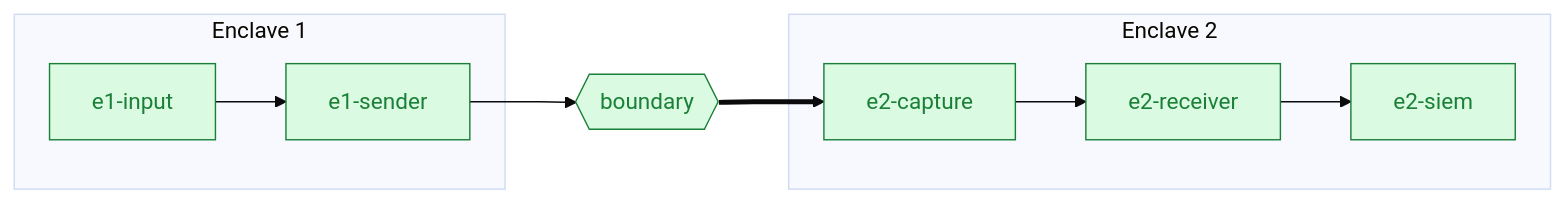
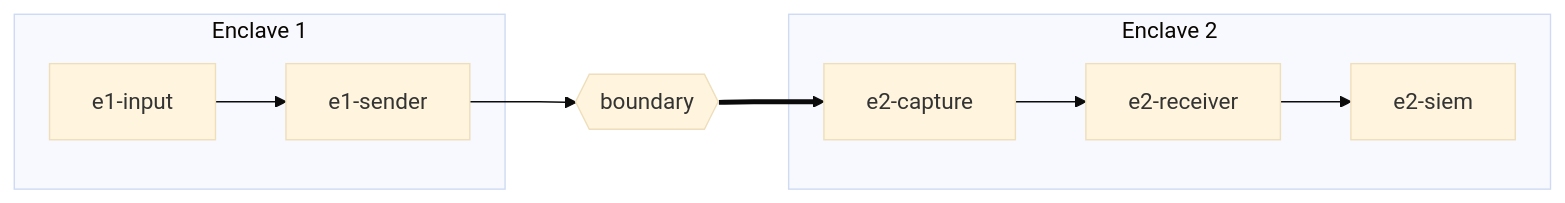
Before and after one commit to JoeHazurmoney/architecture-wiredata-to-log: the diagram in docs/state-of-health.md, drawn with Mermaid (base theme). The commit also changed other lines of this file and 60 other files, not shown here.

````diff
--- a/docs/state-of-health.md
+++ b/docs/state-of-health.md
@@ -46,16 +44,11 @@
 ```mermaid
 flowchart LR
   subgraph E1["Enclave 1"]
     A["e1-input"] --> B["e1-sender"]
   end
   B --> C{{"boundary"}}
   subgraph E2["Enclave 2"]
     D["e2-capture"] --> E["e2-receiver"] --> F["e2-siem"]
   end
   C ==> D
-  classDef ok fill:#dafbe1,stroke:#1a7f37,color:#1a7f37
-  classDef amber fill:#fff8c5,stroke:#9a6700,color:#9a6700
-  classDef red fill:#ffebe9,stroke:#cf222e,color:#cf222e
-  classDef unknown fill:#eaeef2,stroke:#6e7781,color:#6e7781
-  class A,B,C,D,E,F ok
 ```
````
